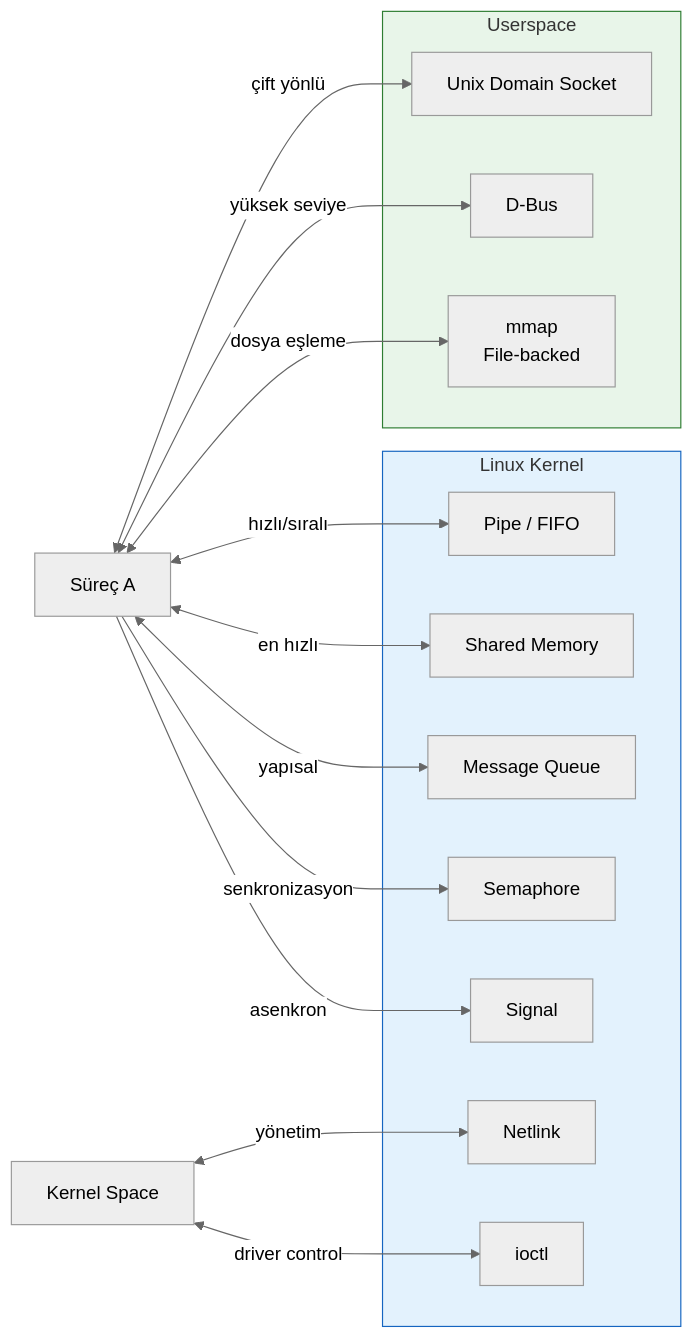
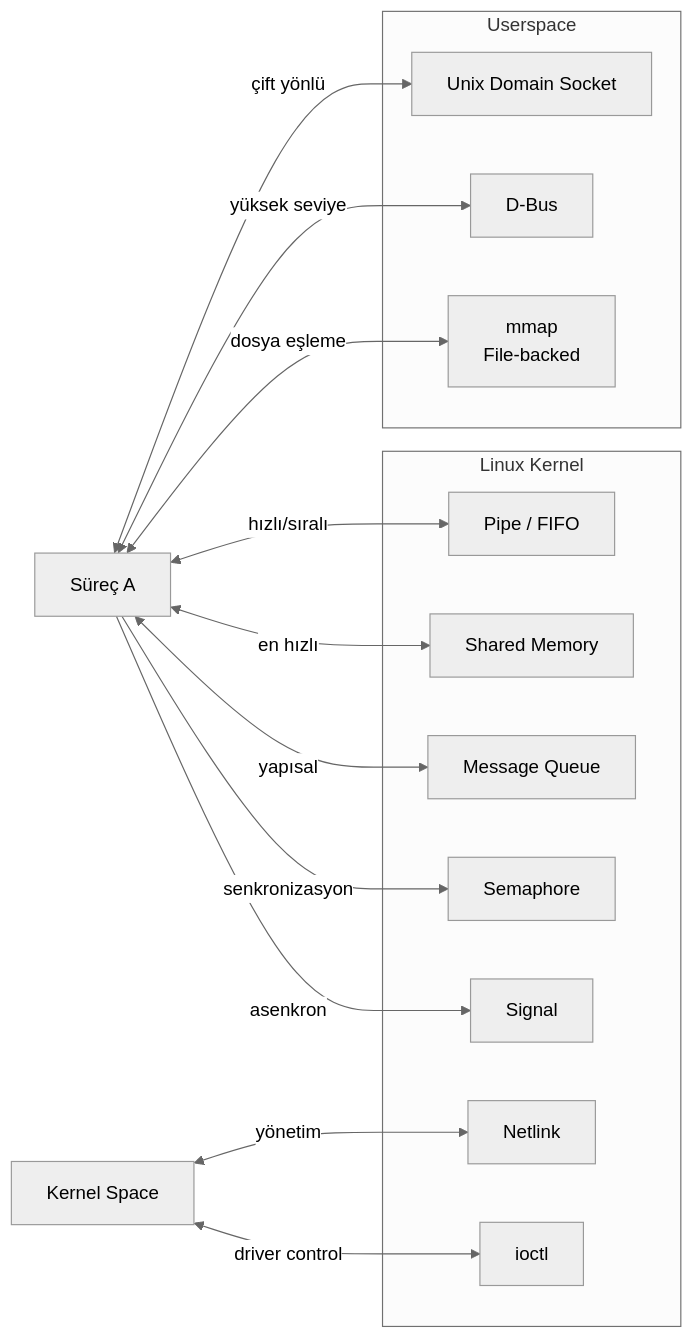
The first of 12 diagrams in docs/md/communication/ipc.md (serkanMzlm/MechatronicsNotebook), drawn with Mermaid (neutral theme) before and after one commit. The commit also changed 5 other files, not shown here.

````diff
--- a/docs/md/communication/ipc.md
+++ b/docs/md/communication/ipc.md
@@ -6,30 +6,27 @@
 ```mermaid
 graph LR
     subgraph Kernel["Linux Kernel"]
         PIPE[Pipe / FIFO]
         SHM[Shared Memory]
         MQ[Message Queue]
         SEM[Semaphore]
         SIG[Signal]
         NL[Netlink]
         IOCTL[ioctl]
     end
     subgraph UDS["Userspace"]
         UDS_SOCK[Unix Domain Socket]
         DBUS[D-Bus]
         MMAP[mmap\nFile-backed]
     end
     P1[Süreç A] <-->|hızlı/sıralı| PIPE
     P1 <-->|en hızlı| SHM
     P1 <-->|yapısal| MQ
     P1 -->|senkronizasyon| SEM
     P1 -->|asenkron| SIG
     P1 <-->|çift yönlü| UDS_SOCK
     P1 <-->|yüksek seviye| DBUS
     KS[Kernel Space] <-->|yönetim| NL
     KS <-->|driver control| IOCTL
     P1 <-->|dosya eşleme| MMAP
-
-    style Kernel fill:#E3F2FD,stroke:#1565C0
-    style UDS fill:#E8F5E9,stroke:#2E7D32
 ```
````
